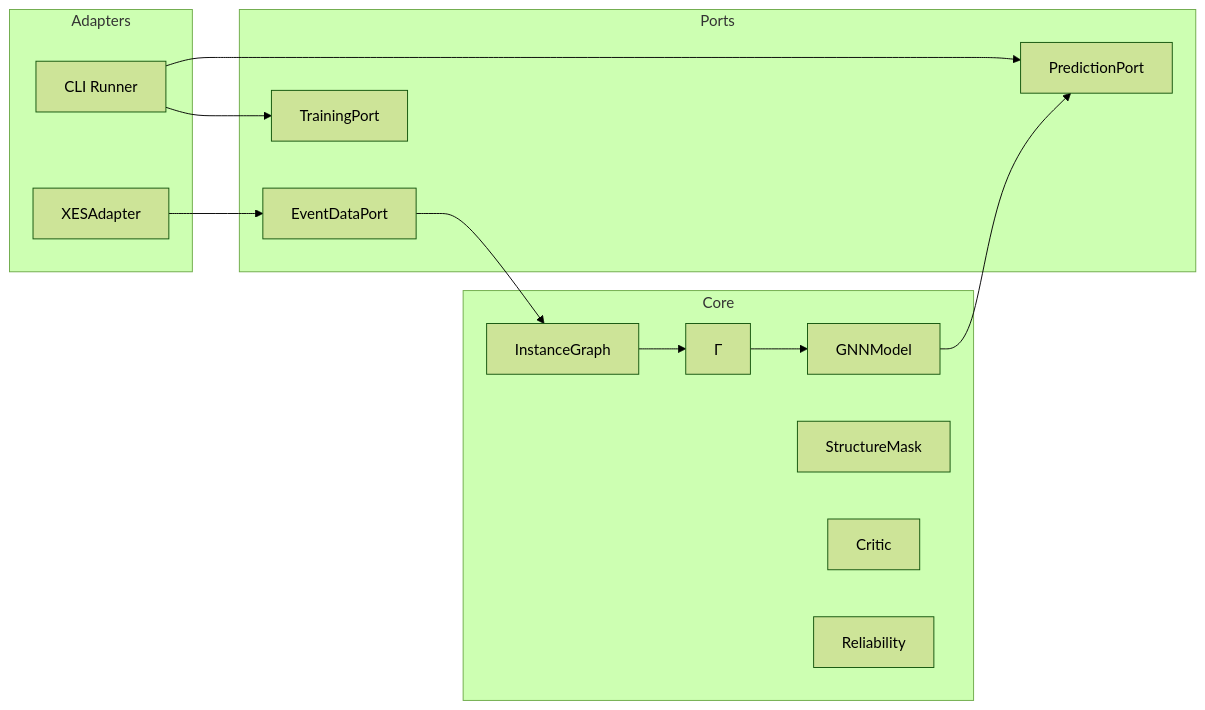
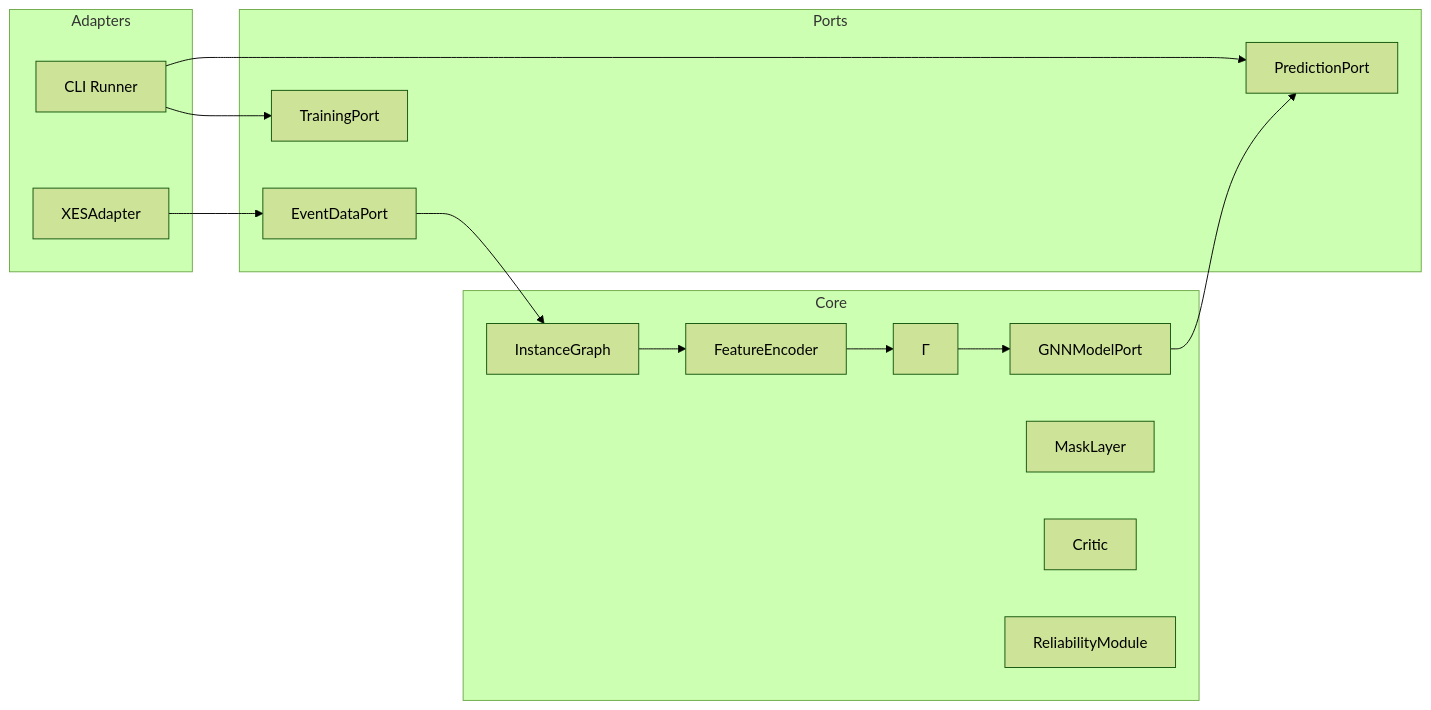
Before and after one commit to ghsrg/bpm_prediction: the second of 5 diagrams in ARCHITECTURE_MVP1.MD, drawn with Mermaid (forest theme). The commit also changed other lines of this file and 2 other files, not shown here.

Commit message:
Updated Data model and add architecture mvp1 final

````diff
--- a/ARCHITECTURE_MVP1.MD
+++ b/ARCHITECTURE_MVP1.MD
@@ -90,31 +100,33 @@
 ```mermaid
 flowchart LR
     subgraph Core
-        Model[GNNModel]
+        Graph[InstanceGraph]
+        Encoder[FeatureEncoder]
         Fusion[Γ]
-        Graph[InstanceGraph]
-        Mask[StructureMask]
+        Model[GNNModelPort]
+        Mask[MaskLayer]
         Critic[Critic]
-        Reliability[Reliability]
+        Reliability[ReliabilityModule]
     end
 
     subgraph Ports
         DataPort[EventDataPort]
         TrainPort[TrainingPort]
         PredictPort[PredictionPort]
     end
 
     subgraph Adapters
         XESAdapter[XESAdapter]
         CLIAdapter[CLI Runner]
     end
 
     XESAdapter --> DataPort
     CLIAdapter --> TrainPort
     CLIAdapter --> PredictPort
 
     DataPort --> Graph
-    Graph --> Fusion
+    Graph --> Encoder
+    Encoder --> Fusion
     Fusion --> Model
     Model --> PredictPort
 ```
````
